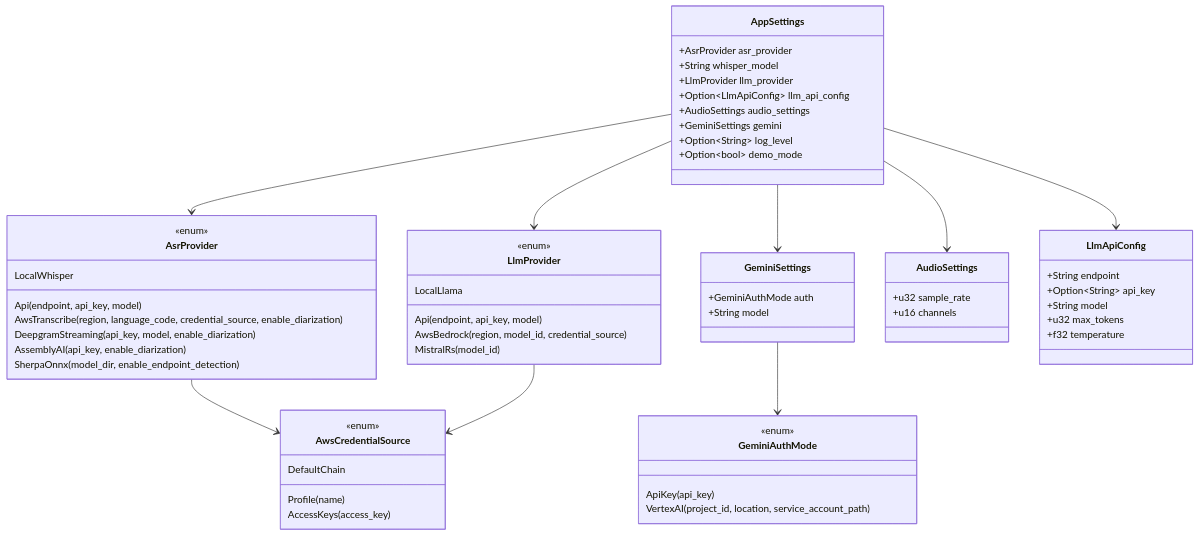
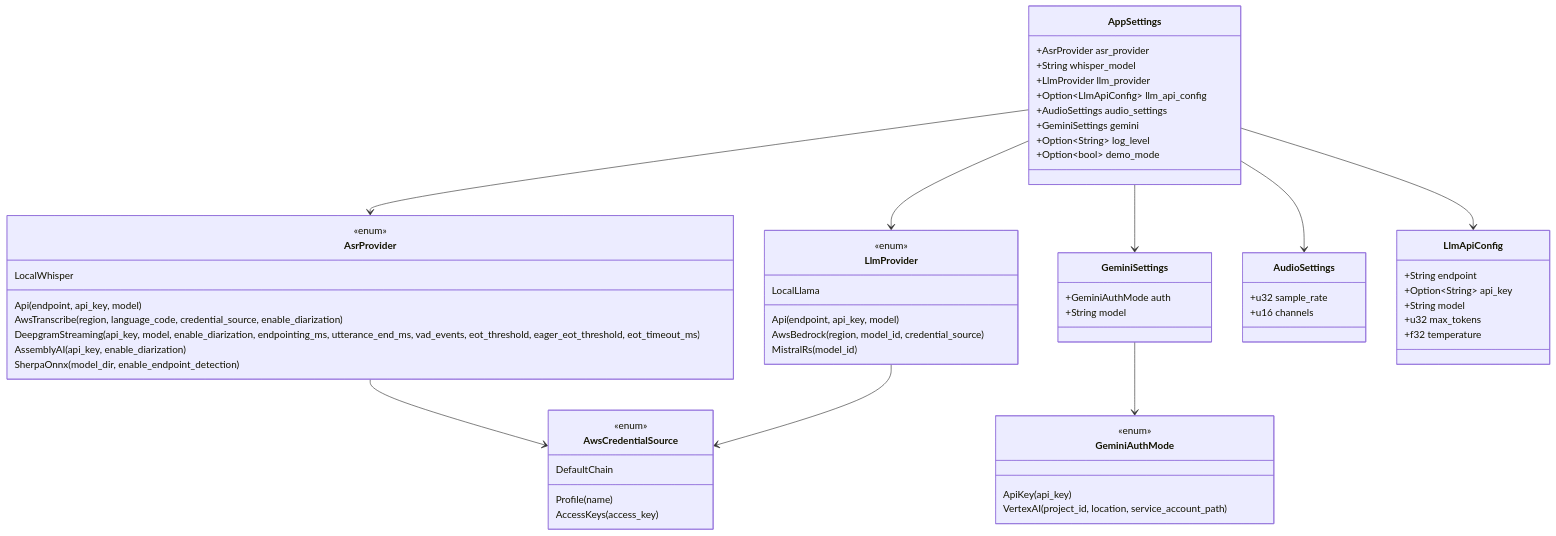
Diagram 11 of 11 in docs/ARCHITECTURE.md (Codeseys-Labs/audio-graph), drawn with Mermaid before and after one commit. The commit also changed other lines of this file and 38 other files, not shown here.

````diff
--- a/docs/ARCHITECTURE.md
+++ b/docs/ARCHITECTURE.md
@@ -865,71 +873,71 @@
 ```mermaid
 classDiagram
     class AppSettings {
         +AsrProvider asr_provider
         +String whisper_model
         +LlmProvider llm_provider
         +Option~LlmApiConfig~ llm_api_config
         +AudioSettings audio_settings
         +GeminiSettings gemini
         +Option~String~ log_level
         +Option~bool~ demo_mode
     }
 
     class AsrProvider {
         <<enum>>
         LocalWhisper
         Api(endpoint, api_key, model)
         AwsTranscribe(region, language_code, credential_source, enable_diarization)
-        DeepgramStreaming(api_key, model, enable_diarization)
+        DeepgramStreaming(api_key, model, enable_diarization, endpointing_ms, utterance_end_ms, vad_events, eot_threshold, eager_eot_threshold, eot_timeout_ms)
         AssemblyAI(api_key, enable_diarization)
         SherpaOnnx(model_dir, enable_endpoint_detection)
     }
 
     class LlmProvider {
         <<enum>>
         LocalLlama
         Api(endpoint, api_key, model)
         AwsBedrock(region, model_id, credential_source)
         MistralRs(model_id)
     }
 
     class AwsCredentialSource {
         <<enum>>
         DefaultChain
         Profile(name)
         AccessKeys(access_key)
     }
 
     class GeminiSettings {
         +GeminiAuthMode auth
         +String model
     }
 
     class GeminiAuthMode {
         <<enum>>
         ApiKey(api_key)
         VertexAI(project_id, location, service_account_path)
     }
 
     class AudioSettings {
         +u32 sample_rate
         +u16 channels
     }
 
     class LlmApiConfig {
         +String endpoint
         +Option~String~ api_key
         +String model
         +u32 max_tokens
         +f32 temperature
     }
 
     AppSettings --> AsrProvider
     AppSettings --> LlmProvider
     AppSettings --> LlmApiConfig
     AppSettings --> AudioSettings
     AppSettings --> GeminiSettings
     GeminiSettings --> GeminiAuthMode
     AsrProvider --> AwsCredentialSource
     LlmProvider --> AwsCredentialSource
 ```
````
